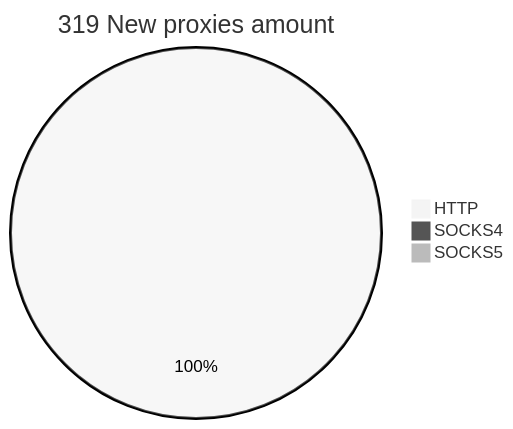
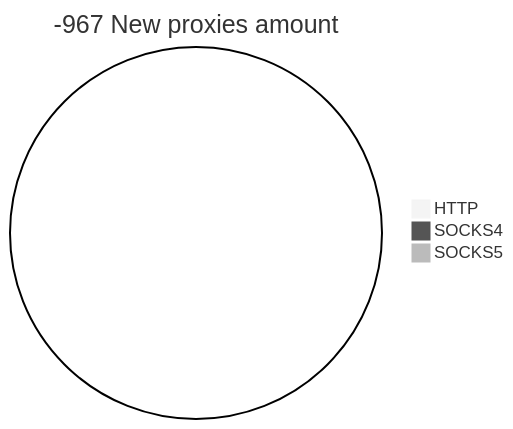
Before and after one commit to cutipu/proxylist: the second of 2 diagrams in README.md, drawn with Mermaid (neutral theme). The commit also changed other lines of this file, not shown here.

````diff
--- a/README.md
+++ b/README.md
@@ -10,6 +10,6 @@
 ```mermaid
-pie title 319 New proxies amount
-    "HTTP" : 324
+pie title -967 New proxies amount
+    "HTTP" : 0
     "SOCKS4" : 0
-    "SOCKS5" : 1
+    "SOCKS5" : 0
 ```
````
